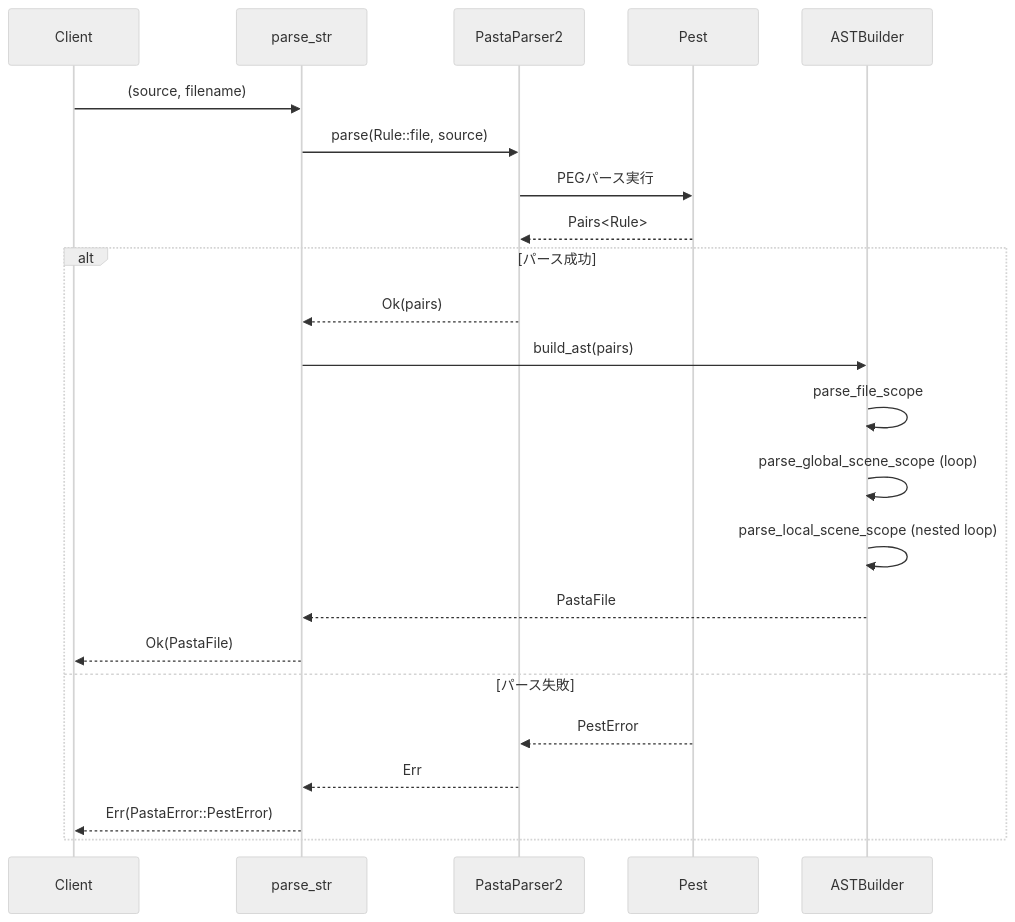
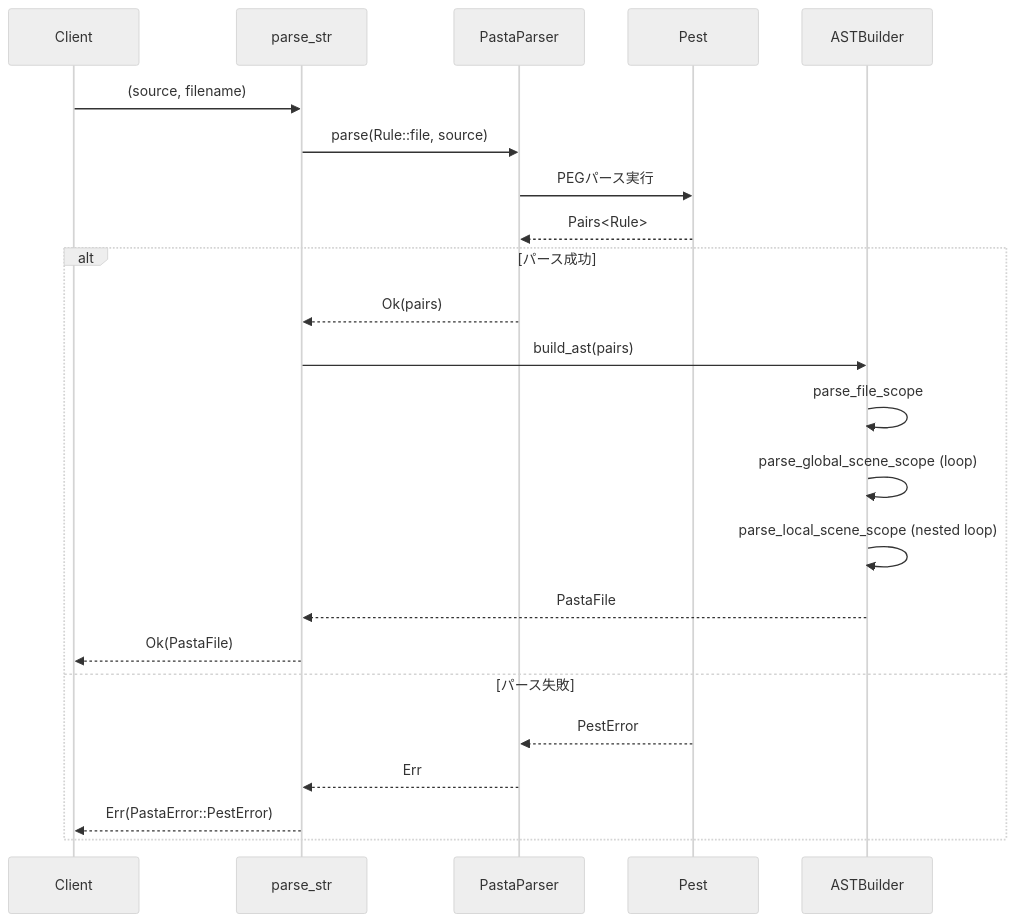
One commit to ekicyou/pasta changed the second of 4 diagrams in .kiro/specs/parser2-pest-migration/design.md. Above: the diagram before and after it, drawn with Mermaid (neutral theme). The commit also changed other lines of this file, not shown here.

Commit message:
fix(parser2): Unify PastaParser2 → PastaParser in design.md
- Fixed 7 occurrences in architecture diagram, sequence diagram, struct definition
- Consistent with type naming decision (no '2' suffix within module namespace)
- Resolves design consistency issue

````diff
--- a/.kiro/specs/parser2-pest-migration/design.md
+++ b/.kiro/specs/parser2-pest-migration/design.md
@@ -126,27 +126,27 @@
 ```mermaid
 sequenceDiagram
     participant Client
     participant parse_str
-    participant PastaParser2
+    participant PastaParser
     participant Pest
     participant ASTBuilder
     
     Client->>parse_str: (source, filename)
-    parse_str->>PastaParser2: parse(Rule::file, source)
-    PastaParser2->>Pest: PEGパース実行
-    Pest-->>PastaParser2: Pairs<Rule>
+    parse_str->>PastaParser: parse(Rule::file, source)
+    PastaParser->>Pest: PEGパース実行
+    Pest-->>PastaParser: Pairs<Rule>
     
     alt パース成功
-        PastaParser2-->>parse_str: Ok(pairs)
+        PastaParser-->>parse_str: Ok(pairs)
         parse_str->>ASTBuilder: build_ast(pairs)
         ASTBuilder->>ASTBuilder: parse_file_scope
         ASTBuilder->>ASTBuilder: parse_global_scene_scope (loop)
         ASTBuilder->>ASTBuilder: parse_local_scene_scope (nested loop)
         ASTBuilder-->>parse_str: PastaFile
         parse_str-->>Client: Ok(PastaFile)
     else パース失敗
-        Pest-->>PastaParser2: PestError
-        PastaParser2-->>parse_str: Err
+        Pest-->>PastaParser: PestError
+        PastaParser-->>parse_str: Err
         parse_str-->>Client: Err(PastaError::PestError)
     end
 ```
````
